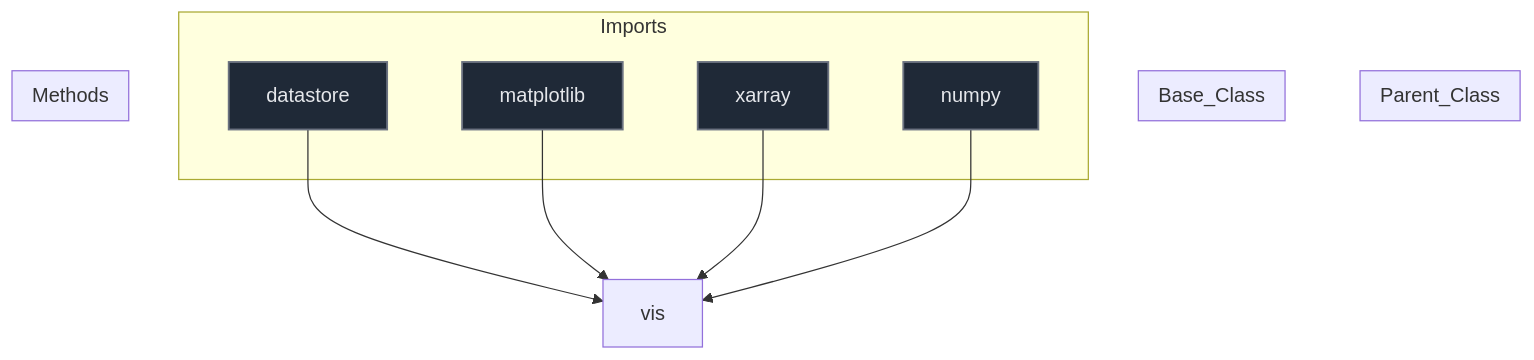
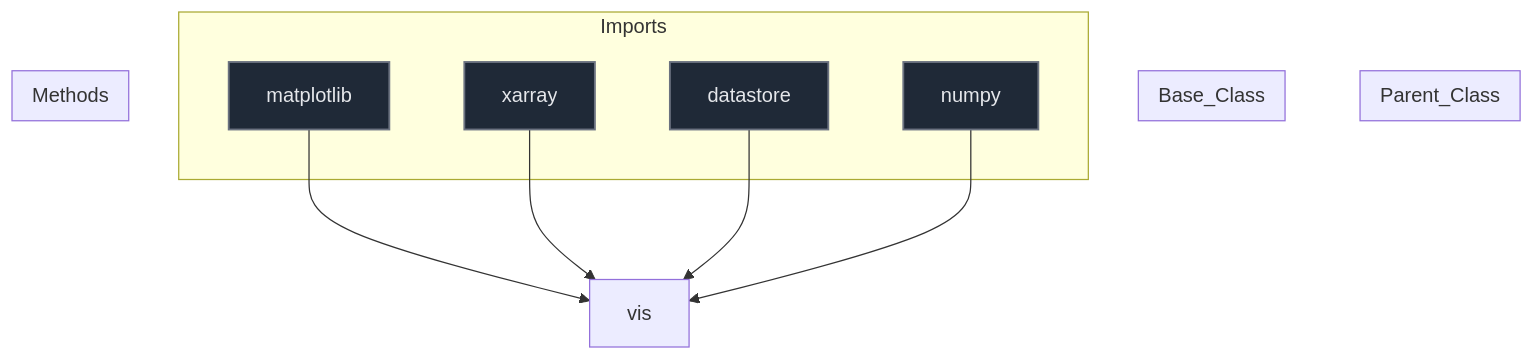
Before and after one commit to mllam/neural-lam: the diagram in docs/diagrams/vis_diagram.md, drawn with Mermaid. The commit also changed 18 other files, not shown here.

Commit message:
Auto-update Mermaid diagrams

````diff
--- a/docs/diagrams/vis_diagram.md
+++ b/docs/diagrams/vis_diagram.md
@@ -1,37 +1,37 @@
 ```mermaid
 %%{init: {'flowchart': {'nodeSpacing': 60, 'rankSpacing': 80}}}%%
 flowchart TD
 
 module["vis"]
 
 subgraph Parent_Class
 end
 
 subgraph Base_Class
 end
 
 
 subgraph Imports
-    datastore["datastore"]
     matplotlib["matplotlib"]
     xarray["xarray"]
+    datastore["datastore"]
     numpy["numpy"]
 end
 
-    datastore --> module
     matplotlib --> module
     xarray --> module
+    datastore --> module
     numpy --> module
 
 subgraph Methods
 end
 
 
 classDef parent fill:#0f172a,stroke:#3b82f6,stroke-width:2px,color:#f1f5f9,font-size:16px
 classDef base fill:#78350f,stroke:#f59e0b,stroke-width:1px,color:#fde68a,font-size:16px
 classDef import fill:#1f2937,stroke:#6b7280,stroke-width:1.5px,color:#e5e7eb,font-size:16px
 classDef method fill:#2d043f,stroke:#7c3aed,stroke-width:1.5px,color:#ede9fe,font-size:16px
 classDef callNode fill:#064e3b,stroke:#10b981,stroke-width:1.5px,color:#d1fae5,font-size:16px
-class datastore,matplotlib,xarray,numpy import
+class matplotlib,xarray,datastore,numpy import
 
 ```
````
